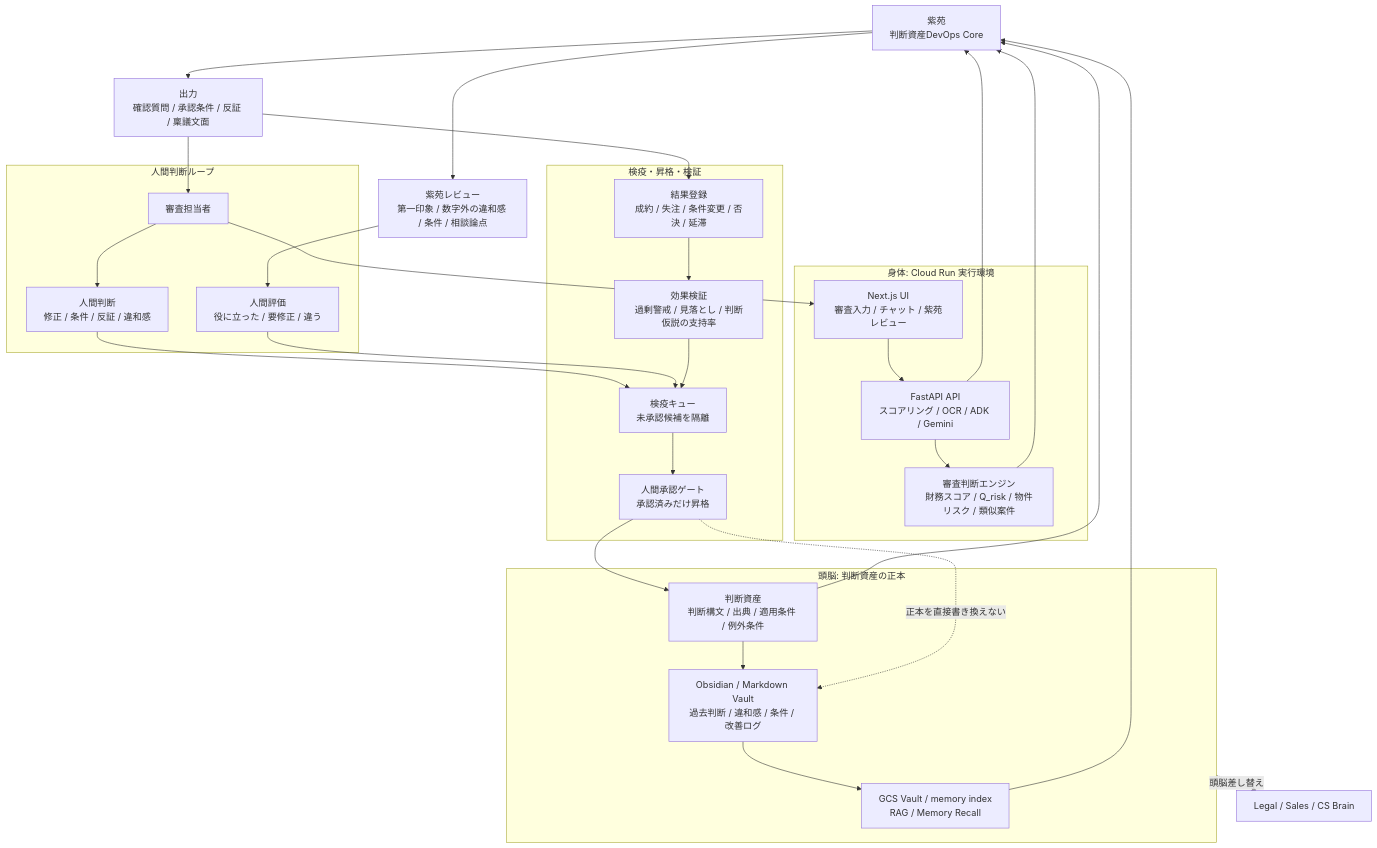
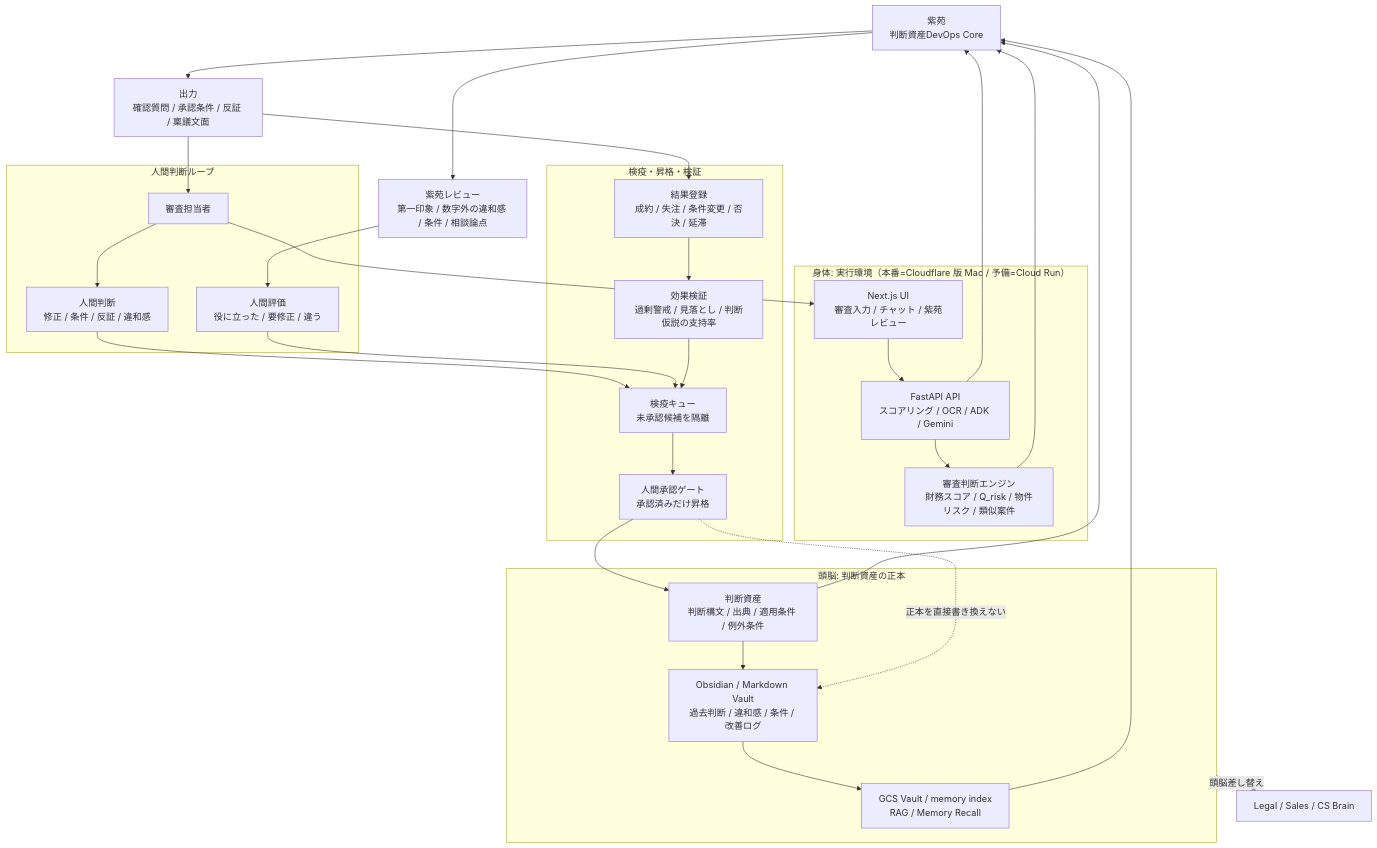
One commit to tune-77/tune_lease_55 changed the first of 12 diagrams in README.md. Above: the diagram before and after it, drawn with Mermaid. The commit also changed other lines of this file and 10 other files, not shown here.

First line of the commit message:
docs: REV-000 本番を Cloudflare 版（Mac）に正式切替し、Cloud Run を停止中の予備として記載

````diff
--- a/README.md
+++ b/README.md
@@ -253,58 +253,58 @@
 ```mermaid
 flowchart TD
     Shion["紫苑<br/>判断資産DevOps Core"]
 
-    subgraph Body["身体: Cloud Run 実行環境"]
+    subgraph Body["身体: 実行環境（本番=Cloudflare 版 Mac / 予備=Cloud Run）"]
         FE["Next.js UI<br/>審査入力 / チャット / 紫苑レビュー"]
         API["FastAPI API<br/>スコアリング / OCR / ADK / Gemini"]
         Score["審査判断エンジン<br/>財務スコア / Q_risk / 物件リスク / 類似案件"]
     end
 
     subgraph Brain["頭脳: 判断資産の正本"]
         Vault["Obsidian / Markdown Vault<br/>過去判断 / 違和感 / 条件 / 改善ログ"]
         Memory["GCS Vault / memory index<br/>RAG / Memory Recall"]
         Asset["判断資産<br/>判断構文 / 出典 / 適用条件 / 例外条件"]
     end
 
     subgraph HumanLoop["人間判断ループ"]
         User["審査担当者"]
         Judgment["人間判断<br/>修正 / 条件 / 反証 / 違和感"]
         Feedback["人間評価<br/>役に立った / 要修正 / 違う"]
     end
 
     subgraph Governance["検疫・昇格・検証"]
         Quarantine["検疫キュー<br/>未承認候補を隔離"]
         Promote["人間承認ゲート<br/>承認済みだけ昇格"]
         Result["結果登録<br/>成約 / 失注 / 条件変更 / 否決 / 延滞"]
         Analysis["効果検証<br/>過剰警戒 / 見落とし / 判断仮説の支持率"]
     end
 
     User --> FE
     FE --> API
     API --> Shion
     API --> Score
     Score --> Shion
 
     Vault --> Memory
     Memory --> Shion
     Asset --> Shion
 
     Shion --> Review["紫苑レビュー<br/>第一印象 / 数字外の違和感 / 条件 / 相談論点"]
     Review --> Feedback
     User --> Judgment
     Judgment --> Quarantine
     Feedback --> Quarantine
 
     Quarantine --> Promote
     Promote --> Asset
     Asset --> Vault
 
     Shion --> Output["出力<br/>確認質問 / 承認条件 / 反証 / 稟議文面"]
     Output --> User
     Output --> Result
     Result --> Analysis
     Analysis --> Quarantine
 
     Promote -. "正本を直接書き換えない" .-> Vault
     Brain -. "頭脳差し替え" .-> Other["Legal / Sales / CS Brain"]
 ```
````
